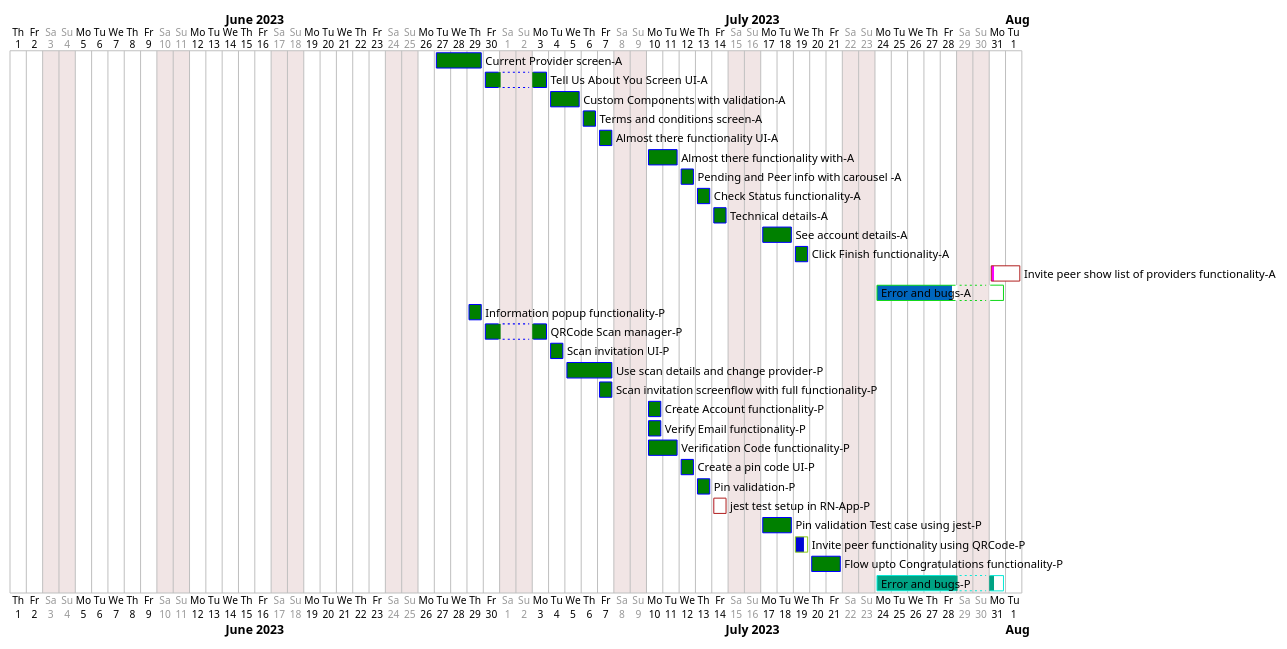
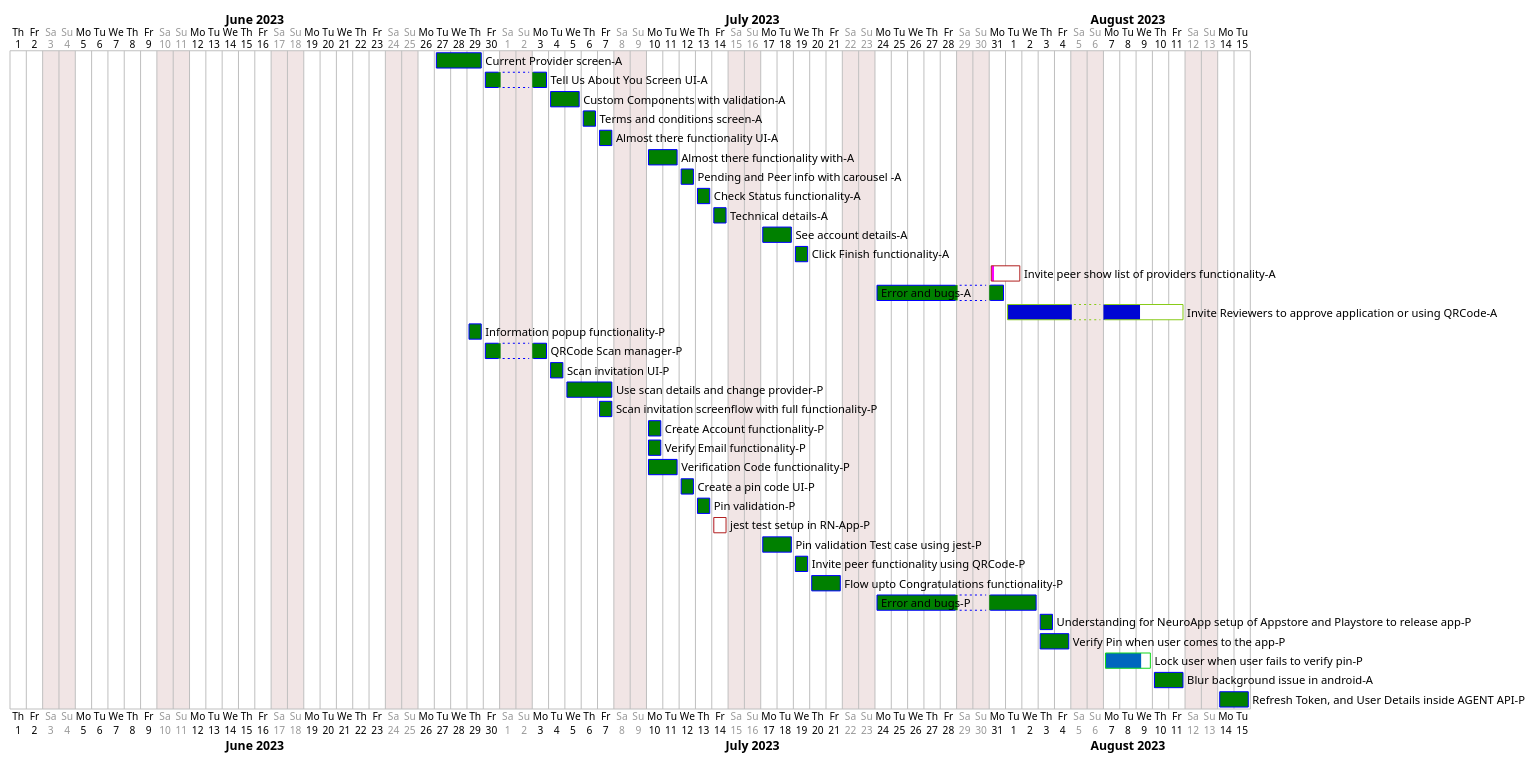
Before and after one commit to Trust-Anchor-Group/NeuroAccessReactNative: the diagram in doc/Onboarding-Flow.puml, drawn with PlantUML.

Commit message:
task plantuml file updated

```diff
--- a/doc/Onboarding-Flow.puml
+++ b/doc/Onboarding-Flow.puml
@@ -1,87 +1,96 @@
 @startgantt
 
 saturday are closed
 sunday are closed
 
 
 <style>
 
 ganttDiagram {
   task {
     BackGroundColor Green
     LineColor Blue
     unstarted {
       BackGroundColor Fuchsia 
       LineColor FireBrick
     }
   }
 }
 
 </style>
 
 Project starts 2023-06-01
 [Current Provider screen-A] starts 2023-06-27 and ends 2023-06-29
 [Tell Us About You Screen UI-A] starts 2023-06-30 and ends 2023-07-03
 [Custom Components with validation-A] starts 2023-07-04 and ends 2023-07-05
 [Terms and conditions screen-A] starts 2023-07-06 and ends 2023-07-06
 [Almost there functionality UI-A] starts 2023-07-07 and ends 2023-07-07
 [Almost there functionality with-A] starts 2023-07-10 and ends 2023-07-11
 [Pending and Peer info with carousel -A] starts 2023-07-12 and ends 2023-07-12
 [Check Status functionality-A] starts 2023-07-13 and ends 2023-07-13
 [Technical details-A] starts 2023-07-14 and ends 2023-07-14
 [See account details-A] starts 2023-07-17 and ends 2023-07-18
 [Click Finish functionality-A] starts 2023-07-19 and ends 2023-07-19
 [Invite peer show list of providers functionality-A] starts 2023-07-31 and ends 2023-08-01
 [Error and bugs-A] starts 2023-07-24 and ends 2023-07-31
+[Invite Reviewers to approve application or using QRCode-A] starts 2023-08-01 and ends 2023-08-11
 
 [Current Provider screen-A] is 100% complete
 [Tell Us About You Screen UI-A] is 100% complete
 [Custom Components with validation-A] is 100% complete
 [Terms and conditions screen-A] is 100% complete
 [Almost there functionality UI-A] is 100% complete
 [Almost there functionality with-A] is 100% complete
 [Pending and Peer info with carousel -A] is 100% complete
 [Check Status functionality-A] is 100% complete
 [Technical details-A] is 100% complete
 [See account details-A] is 100% complete
 [Click Finish functionality-A] is 100% complete
 [Invite peer show list of providers functionality-A] is 10% complete
-[Error and bugs-A] is 80% complete
-
+[Error and bugs-A] is 100% complete
+[Invite Reviewers to approve application or using QRCode-A] is 70% complete
 
 
 [Information popup functionality-P] starts 2023-06-29 and ends 2023-06-29
 [QRCode Scan manager-P] starts 2023-06-30 and ends 2023-07-03
 [Scan invitation UI-P] starts 2023-07-04 and ends 2023-07-04
 [Use scan details and change provider-P] starts 2023-07-05 and ends 2023-07-07
 [Scan invitation screenflow with full functionality-P] starts 2023-07-07 and ends 2023-07-07
 [Create Account functionality-P] starts 2023-07-10 and ends 2023-07-10
 [Verify Email functionality-P] starts 2023-07-10 and ends 2023-07-10
 [Verification Code functionality-P] starts 2023-07-10 and ends 2023-07-11
 [Create a pin code UI-P] starts 2023-07-12 and ends 2023-07-12
 [Pin validation-P] starts 2023-07-13 and ends 2023-07-13
 [jest test setup in RN-App-P] starts 2023-07-14 and ends 2023-07-14
 [Pin validation Test case using jest-P] starts 2023-07-17 and ends 2023-07-18
 [Invite peer functionality using QRCode-P] starts 2023-07-19 and ends 2023-07-19
 [Flow upto Congratulations functionality-P] starts 2023-07-20 and ends 2023-07-21
-[Error and bugs-P] starts 2023-07-24 and ends 2023-07-31
- 
+[Error and bugs-P] starts 2023-07-24 and ends 2023-08-02
+[Understanding for NeuroApp setup of Appstore and Playstore to release app-P] starts 2023-08-03 and ends 2023-08-03
+[Verify Pin when user comes to the app-P] starts 2023-08-03 and ends 2023-08-04
+[Lock user when user fails to verify pin-P] starts 2023-08-05 and ends 2023-08-09
+[Blur background issue in android-A] starts 2023-08-10 and ends 2023-08-11
+[Refresh Token, and User Details inside AGENT API-P] starts 2023-08-14 and ends 2023-08-15
+
 
 [Information popup functionality-P] is 100% complete
 [QRCode Scan manager-P] is 100% complete
 [Scan invitation UI-P] is 100% complete
 [Use scan details and change provider-P] is 100% complete
 [Scan invitation screenflow with full functionality-P] is 100% complete
 [Create Account functionality-P] is 100% complete
 [Verify Email functionality-P] is 100% complete
 [Verification Code functionality-P] is 100% complete
 [Create a pin code UI-P] is 100% complete
 [Pin validation-P] is 100% complete
 [jest test setup in RN-App-P] is 1% complete
 [Pin validation Test case using jest-P] is 100% complete
-[Invite peer functionality using QRCode-P] is 70% complete
+[Invite peer functionality using QRCode-P] is 100% complete
 [Flow upto Congratulations functionality-P] is 100% complete
-[Error and bugs-P] is 90% complete
+[Error and bugs-P] is 100% complete
+[Understanding for NeuroApp setup of Appstore and Playstore to release app-P] is 100% complete
+[Verify Pin when user comes to the app-P] is 100% complete
+[Lock user when user fails to verify pin-P] is 80% complete
 
 
 @endgantt
```
